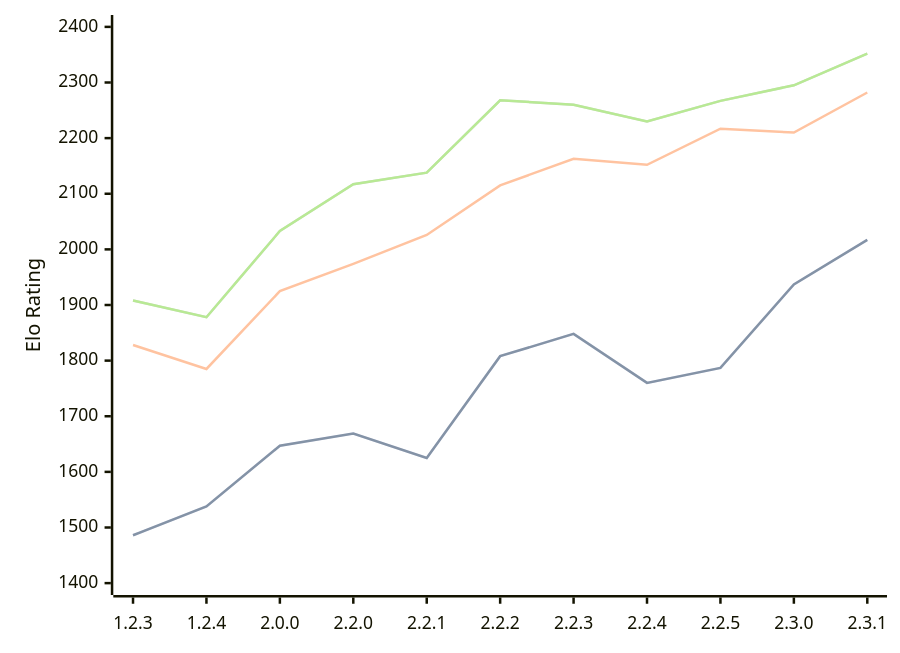
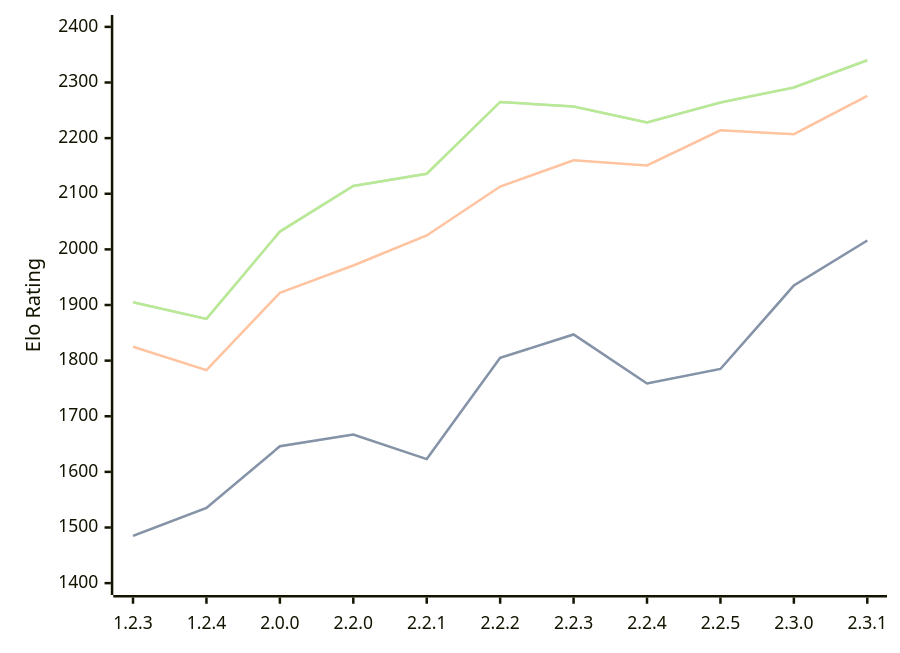
The diagram in engines/Kreveta.md (computer-chess-index/cci), drawn with Mermaid before and after one commit. The commit also changed other lines of this file, not shown here.

Commit message:
Update CCI Ratings (ELO VLTC) - 2026-05-18

````diff
--- a/engines/Kreveta.md
+++ b/engines/Kreveta.md
@@ -43,11 +43,11 @@
 ```mermaid
 %%{init: {"theme":"base","themeVariables":{"seriesColors:['#a3a3a3','#222221','#faa371']}}}%%
 xychart-beta
   x-axis ["1.2.3", "1.2.4", "2.0.0", "2.2.0", "2.2.1", "2.2.2", "2.2.3", "2.2.4", "2.2.5", "2.3.0", "2.3.1"]
   y-axis "Elo Rating" 1400 --> 2400
-  line "STC (8.0+0.08s)" [1486, 1538, 1647, 1669, 1625, 1808, 1848, 1760, 1787, 1937, 2017]
-  line "STC (8.0+0.08s)" [1486, 1538, 1647, 1669, 1625, 1808, 1848, 1760, 1787, 1937, 2017]
-  line "LTC (60.0+0.60s)" [1828, 1785, 1925, 1974, 2026, 2115, 2163, 2152, 2217, 2210, 2282]
-  line "VLTC (2m24s+1.12s)" [1908, 1878, 2033, 2117, 2138, 2268, 2260, 2230, 2267, 2295, 2352]
-  line "VLTC (2m24s+1.12s)" [1908, 1878, 2033, 2117, 2138, 2268, 2260, 2230, 2267, 2295, 2352]
+  line "STC (8.0+0.08s)" [1485, 1535, 1646, 1667, 1623, 1805, 1847, 1759, 1785, 1935, 2016]
+  line "STC (8.0+0.08s)" [1485, 1535, 1646, 1667, 1623, 1805, 1847, 1759, 1785, 1935, 2016]
+  line "LTC (60.0+0.60s)" [1825, 1783, 1922, 1971, 2025, 2113, 2160, 2151, 2214, 2207, 2276]
+  line "VLTC (2m24s+1.12s)" [1905, 1875, 2032, 2114, 2136, 2265, 2257, 2228, 2264, 2291, 2340]
+  line "VLTC (2m24s+1.12s)" [1905, 1875, 2032, 2114, 2136, 2265, 2257, 2228, 2264, 2291, 2340]
 ```
````
